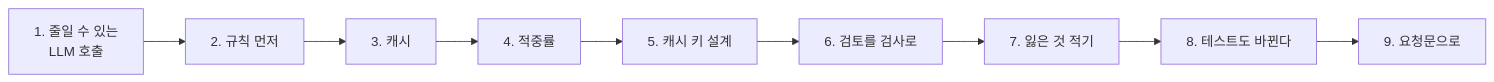
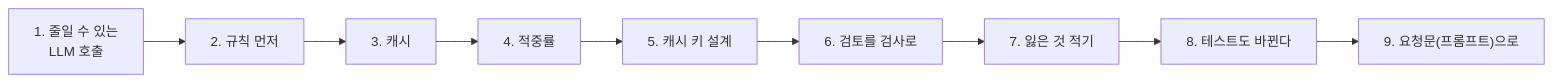
One commit to jbbdyee/ai-engineering-lab changed the first of 5 diagrams in Lecture/72/02-STAGE2-OPTIMIZE-FLOW.md. Above: the diagram before and after it, drawn with Mermaid. The commit also changed other lines of this file and 197 other files, not shown here.

````diff
--- a/Lecture/72/02-STAGE2-OPTIMIZE-FLOW.md
+++ b/Lecture/72/02-STAGE2-OPTIMIZE-FLOW.md
@@ -8,5 +8,5 @@
 ```mermaid
 flowchart LR
   A["1. 줄일 수 있는<br/>LLM 호출"] --> B["2. 규칙 먼저"] --> C["3. 캐시"] --> D["4. 적중률"] --> E["5. 캐시 키 설계"]
-  E --> F["6. 검토를 검사로"] --> G["7. 잃은 것 적기"] --> H["8. 테스트도 바뀐다"] --> I["9. 요청문으로"]
+  E --> F["6. 검토를 검사로"] --> G["7. 잃은 것 적기"] --> H["8. 테스트도 바뀐다"] --> I["9. 요청문(프롬프트)으로"]
 ```
````
